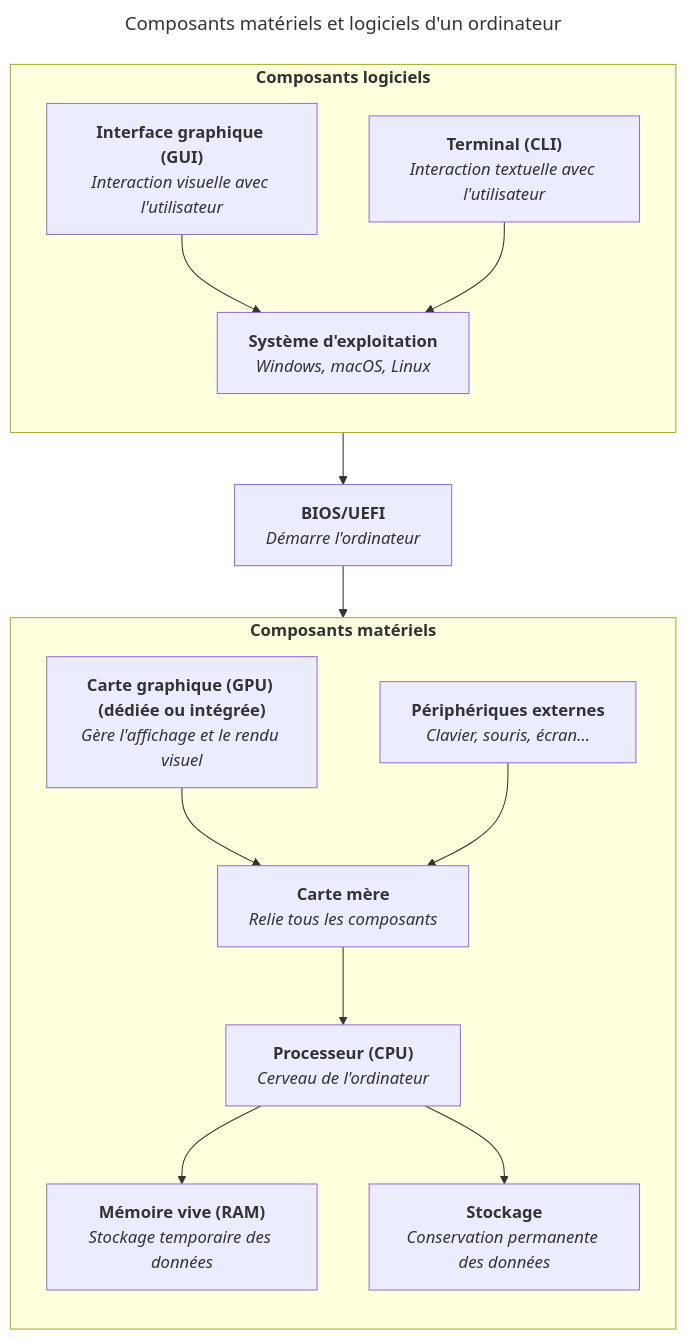
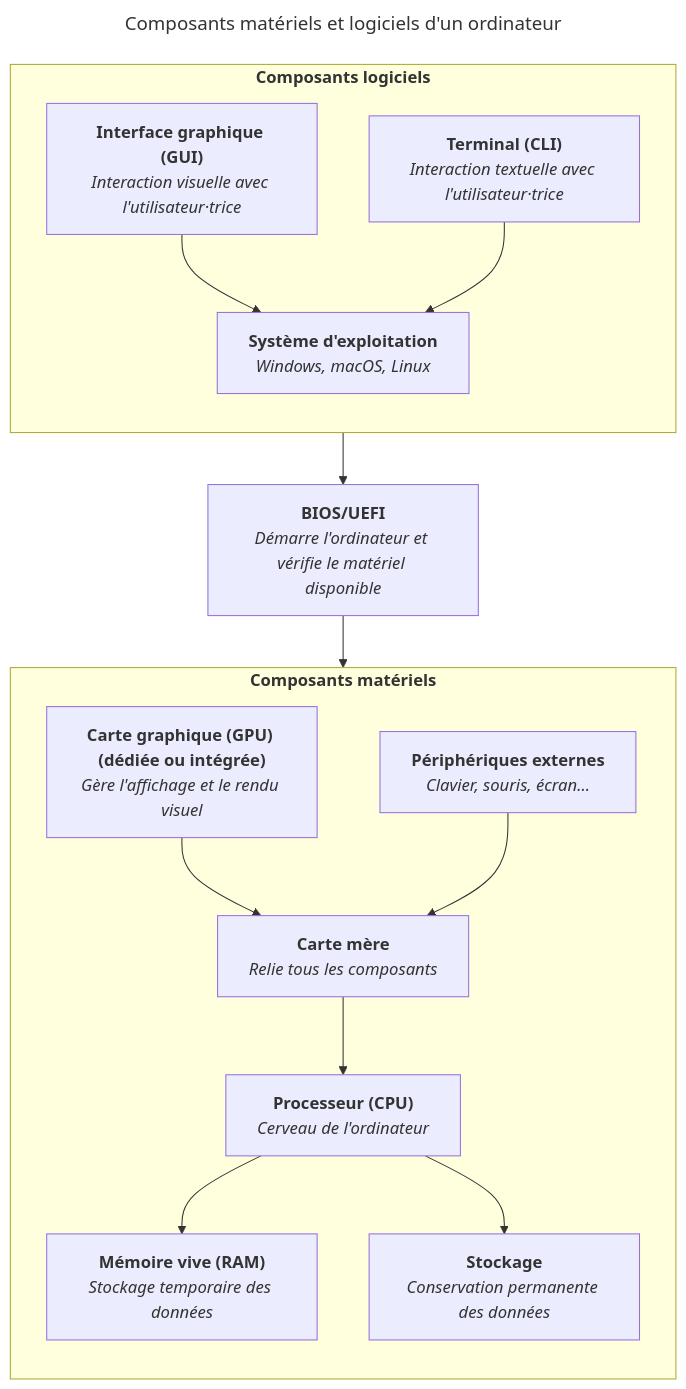
The diagram in src/content/docs/03-composants-materiels-et-logiciels-dun-ordinateur/10-interface-graphique-gui-et-terminal-cli.mdx (heig-vd-upinfo-course/heig-vd-upinfo-course), drawn with Mermaid before and after one commit. The commit also changed other lines of this file and 15 other files, not shown here.

````diff
--- a/src/content/docs/03-composants-materiels-et-logiciels-dun-ordinateur/10-interface-graphique-gui-et-terminal-cli.mdx
+++ b/src/content/docs/03-composants-materiels-et-logiciels-dun-ordinateur/10-interface-graphique-gui-et-terminal-cli.mdx
@@ -80,65 +75,65 @@
 ```mermaid
 ---
 title: Composants matériels et logiciels d'un ordinateur
 ---
 flowchart
   CPU["`
     **Processeur (CPU)**
     _Cerveau de l'ordinateur_
   `"]
   RAM["`
     **Mémoire vive (RAM)**
     _Stockage temporaire des données_
   `"]
   Storage["`
     **Stockage**
     _Conservation permanente des données_
   `"]
   Motherboard["`
     **Carte mère**
     _Relie tous les composants_
   `"]
   GPU["`
     **Carte graphique (GPU) (dédiée ou intégrée)**
     _Gère l'affichage et le rendu visuel_
   `"]
   Peripherals["`
     **Périphériques externes**
     _Clavier, souris, écran..._
   `"]
   BIOS_UEFI["`
     **BIOS/UEFI**
-    _Démarre l'ordinateur_
+    _Démarre l'ordinateur et vérifie le matériel disponible_
   `"]
   OS["`
     **Système d'exploitation**
     _Windows, macOS, Linux_
   `"]
   GUI["`
     **Interface graphique (GUI)**
-    _Interaction visuelle avec l'utilisateur_
+    _Interaction visuelle avec l'utilisateur·trice_
   `"]
   CLI["`
     **Terminal (CLI)**
-    _Interaction textuelle avec l'utilisateur_
+    _Interaction textuelle avec l'utilisateur·trice_
   `"]
 
   subgraph Software["`**Composants logiciels**`"]
     direction TB
 
     GUI --> OS
     CLI --> OS
   end
 
   subgraph Hardware["`**Composants matériels**`"]
     direction TB
 
     CPU --> RAM
     CPU --> Storage
     Motherboard --> CPU
     GPU --> Motherboard
     Peripherals --> Motherboard
   end
 
   Software --> BIOS_UEFI --> Hardware
 ```
````
